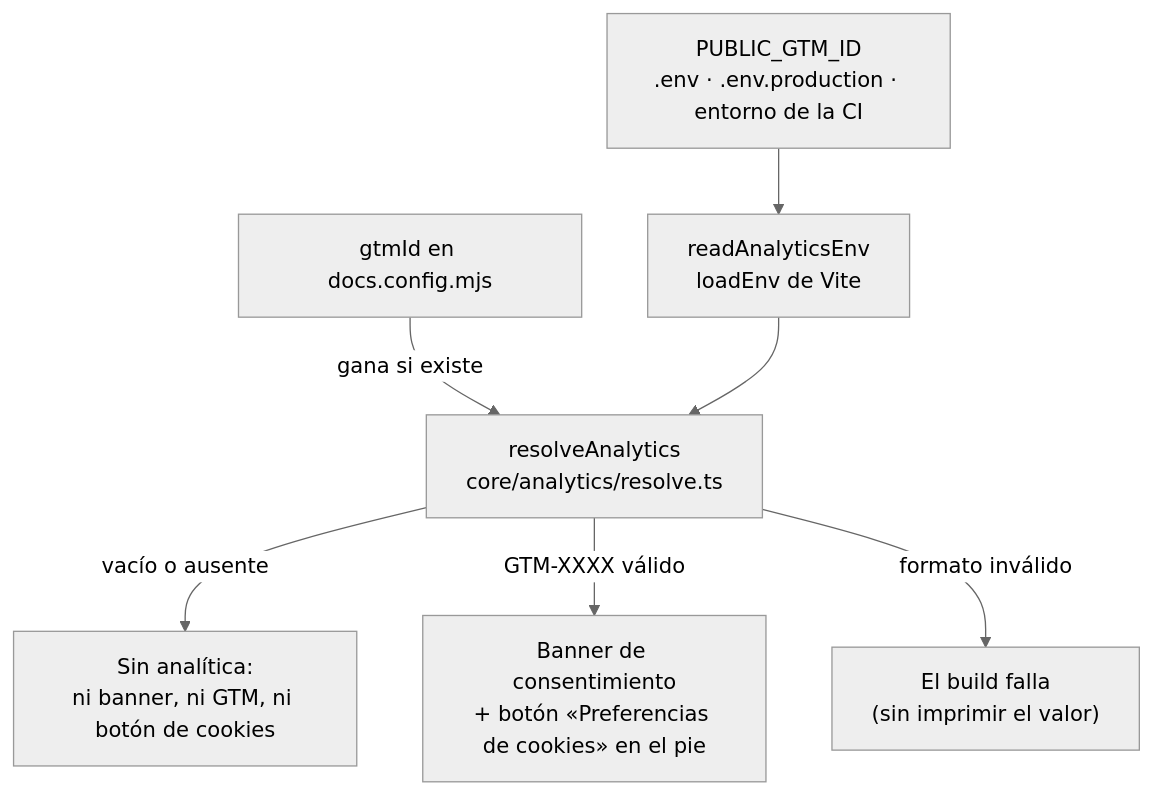
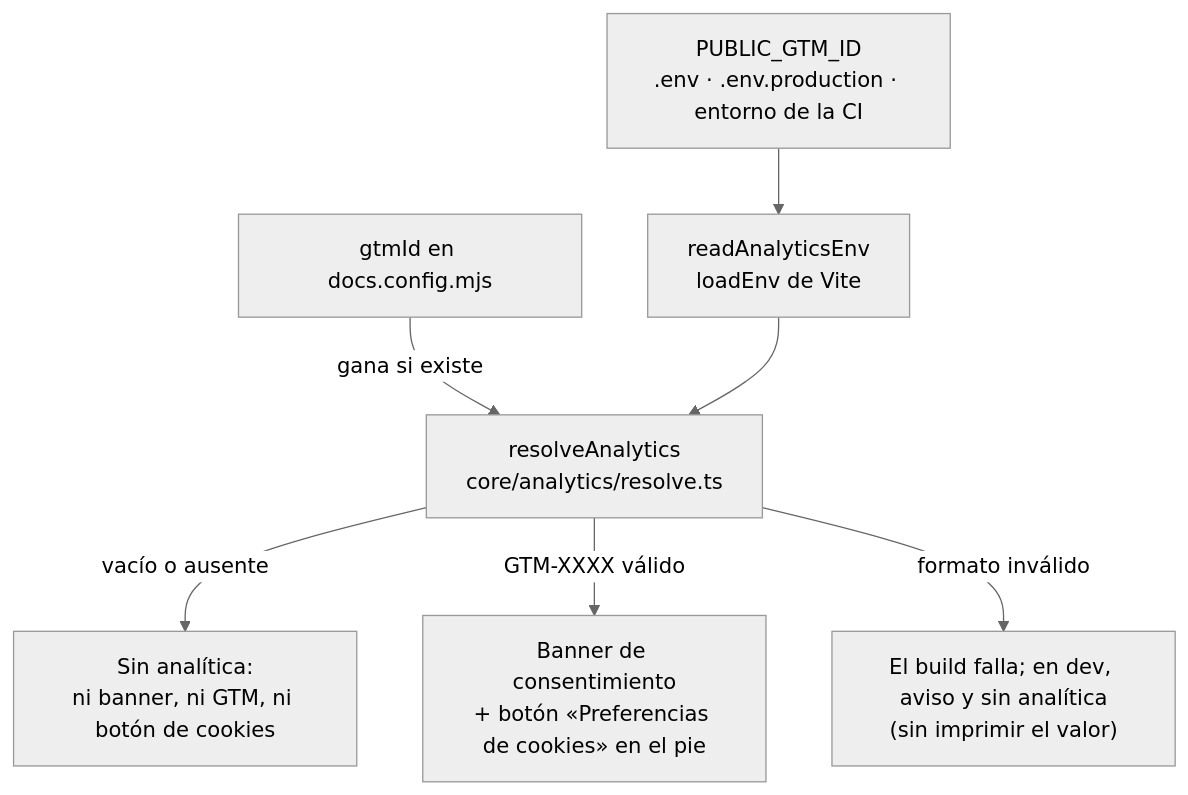
Before and after one commit to velezanthony/design: the first of 2 diagrams in docs/src/content/docs/integracion/analitica-y-privacidad.md, drawn with Mermaid (neutral theme). The commit also changed other lines of this file and 4 other files, not shown here.

````diff
--- a/docs/src/content/docs/integracion/analitica-y-privacidad.md
+++ b/docs/src/content/docs/integracion/analitica-y-privacidad.md
@@ -16,9 +16,9 @@
 ```mermaid
 flowchart TD
   cfg["gtmId en docs.config.mjs"] -->|gana si existe| res["resolveAnalytics<br/>core/analytics/resolve.ts"]
   env["PUBLIC_GTM_ID<br/>.env · .env.production · entorno de la CI"] --> rd["readAnalyticsEnv<br/>loadEnv de Vite"]
   rd --> res
   res -->|vacío o ausente| off["Sin analítica:<br/>ni banner, ni GTM, ni botón de cookies"]
   res -->|"GTM-XXXX válido"| on["Banner de consentimiento<br/>+ botón «Preferencias de cookies» en el pie"]
-  res -->|formato inválido| err["El build falla<br/>(sin imprimir el valor)"]
+  res -->|formato inválido| err["El build falla; en dev, aviso y sin analítica<br/>(sin imprimir el valor)"]
 ```
````
